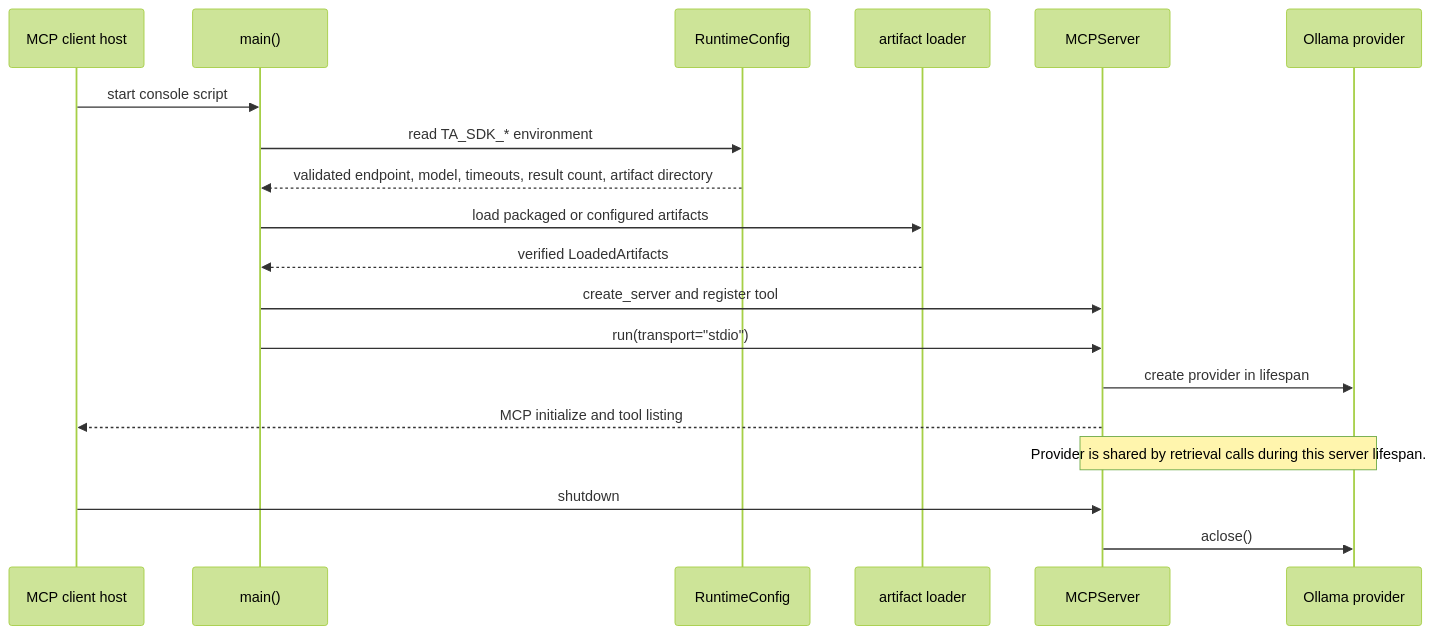
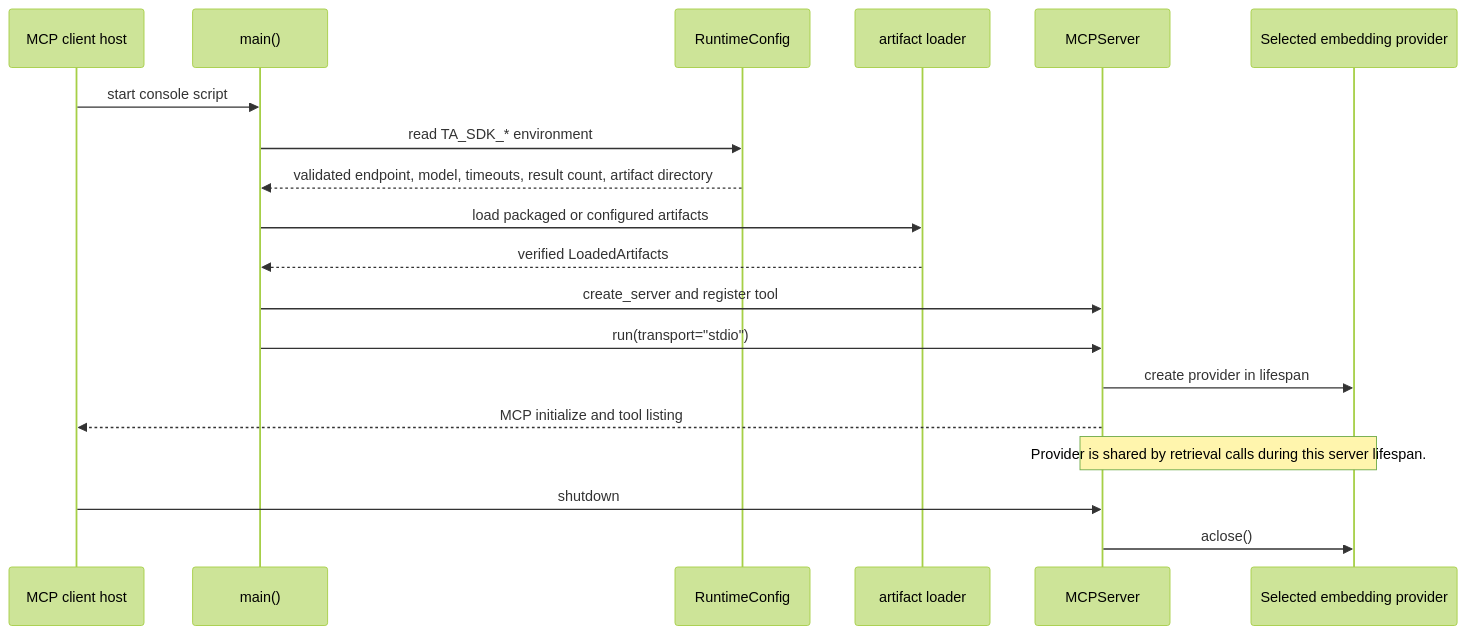
One commit to dspace-group/TestAutomationSDKMCP changed the fifth of 6 diagrams in ARCHITECTURE.md. Above: the diagram before and after it, drawn with Mermaid (forest theme). The commit also changed other lines of this file and 22 other files, not shown here.

````diff
--- a/ARCHITECTURE.md
+++ b/ARCHITECTURE.md
@@ -173,22 +175,22 @@
 ```mermaid
 sequenceDiagram
 	 participant Host as MCP client host
 	 participant Main as main()
 	 participant Config as RuntimeConfig
 	 participant Loader as artifact loader
 	 participant Server as MCPServer
-	 participant Ollama as Ollama provider
+	 participant Provider as Selected embedding provider
 
 	 Host->>Main: start console script
 	 Main->>Config: read TA_SDK_* environment
 	 Config-->>Main: validated endpoint, model, timeouts, result count, artifact directory
 	 Main->>Loader: load packaged or configured artifacts
 	 Loader-->>Main: verified LoadedArtifacts
 	 Main->>Server: create_server and register tool
 	 Main->>Server: run(transport="stdio")
-	 Server->>Ollama: create provider in lifespan
+	 Server->>Provider: create provider in lifespan
 	 Server-->>Host: MCP initialize and tool listing
-	 Note over Server,Ollama: Provider is shared by retrieval calls during this server lifespan.
+	 Note over Server,Provider: Provider is shared by retrieval calls during this server lifespan.
 	 Host->>Server: shutdown
-	 Server->>Ollama: aclose()
+	 Server->>Provider: aclose()
 ```
````
